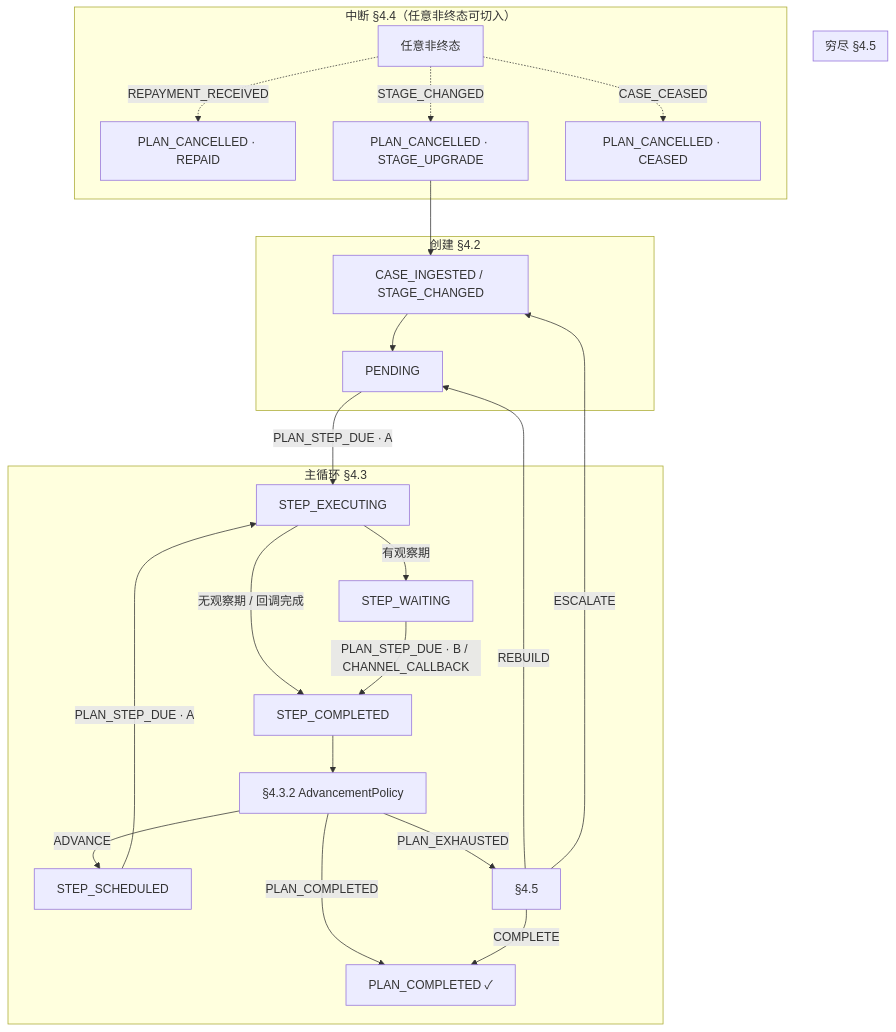
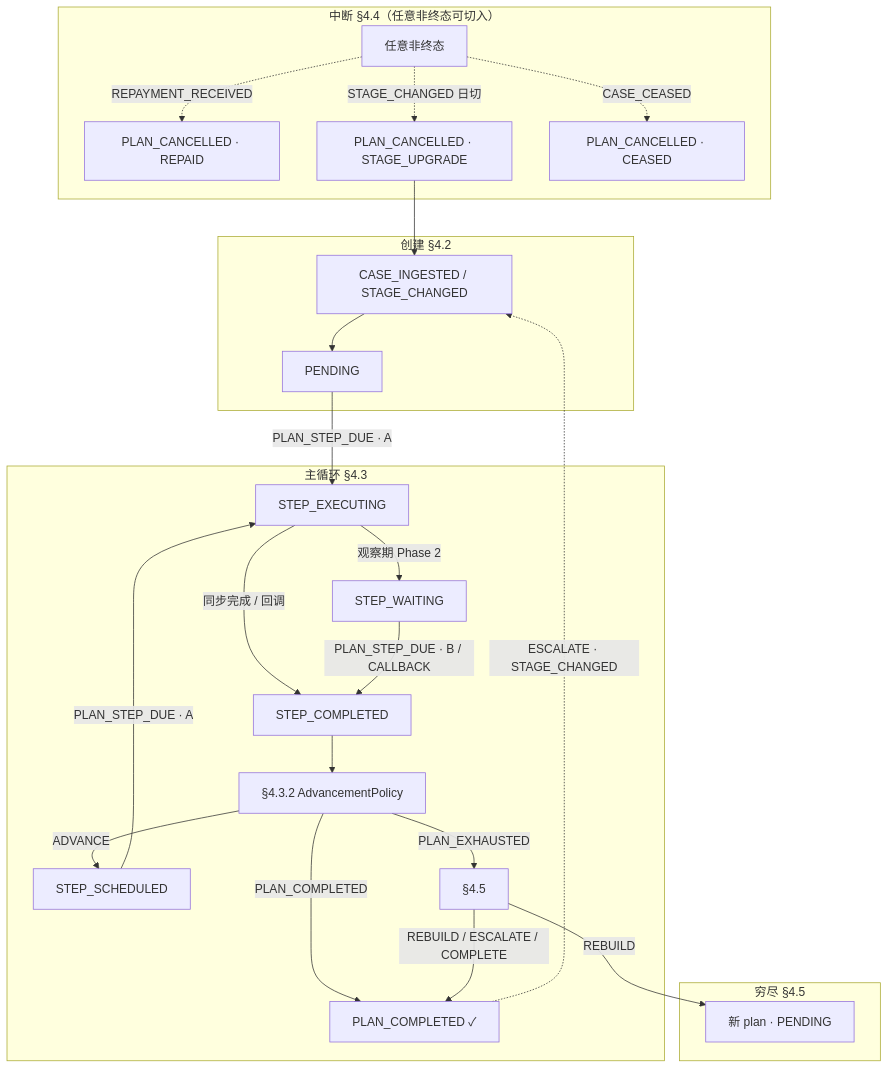
Before and after one commit to katherineliu2102/Intelligent-Collection-V1: the fourth of 6 diagrams in docs/MOCASA催收系统升级_Phase1_核心引擎规格.md, drawn with Mermaid. The commit also changed other lines of this file and 222 other files, not shown here.

````diff
--- a/docs/MOCASA催收系统升级_Phase1_核心引擎规格.md
+++ b/docs/MOCASA催收系统升级_Phase1_核心引擎规格.md
@@ -521,31 +616,31 @@
 ```mermaid
 flowchart TB
     subgraph create ["创建 §4.2"]
         IN["CASE_INGESTED / STAGE_CHANGED"] --> PENDING
     end
 
     subgraph main ["主循环 §4.3"]
         PENDING -->|PLAN_STEP_DUE · A| EXEC["STEP_EXECUTING"]
         SCHED["STEP_SCHEDULED"] -->|PLAN_STEP_DUE · A| EXEC
-        EXEC -->|有观察期| WAIT["STEP_WAITING"]
-        EXEC -->|无观察期 / 回调完成| SC["STEP_COMPLETED"]
-        WAIT -->|PLAN_STEP_DUE · B / CHANNEL_CALLBACK| SC
+        EXEC -->|观察期 Phase 2| WAIT["STEP_WAITING"]
+        EXEC -->|同步完成 / 回调| SC["STEP_COMPLETED"]
+        WAIT -->|PLAN_STEP_DUE · B / CALLBACK| SC
         SC --> AP["§4.3.2 AdvancementPolicy"]
         AP -->|ADVANCE| SCHED
         AP -->|PLAN_COMPLETED| DONE["PLAN_COMPLETED ✓"]
         AP -->|PLAN_EXHAUSTED| EXH["§4.5"]
     end
 
     subgraph exhaust ["穷尽 §4.5"]
-        EXH -->|REBUILD| PENDING
-        EXH -->|ESCALATE| IN
-        EXH -->|COMPLETE| DONE
+        EXH -->|REBUILD| NP["新 plan · PENDING"]
+        EXH -->|REBUILD / ESCALATE / COMPLETE| DONE
+        DONE -.->|ESCALATE · STAGE_CHANGED| IN
     end
 
     subgraph intr ["中断 §4.4（任意非终态可切入）"]
         INTR["任意非终态"] -.->|REPAYMENT_RECEIVED| CR["PLAN_CANCELLED · REPAID"]
-        INTR -.->|STAGE_CHANGED| CS["PLAN_CANCELLED · STAGE_UPGRADE"]
+        INTR -.->|STAGE_CHANGED 日切| CS["PLAN_CANCELLED · STAGE_UPGRADE"]
         CS --> IN
         INTR -.->|CASE_CEASED| CC["PLAN_CANCELLED · CEASED"]
     end
 ```
````
